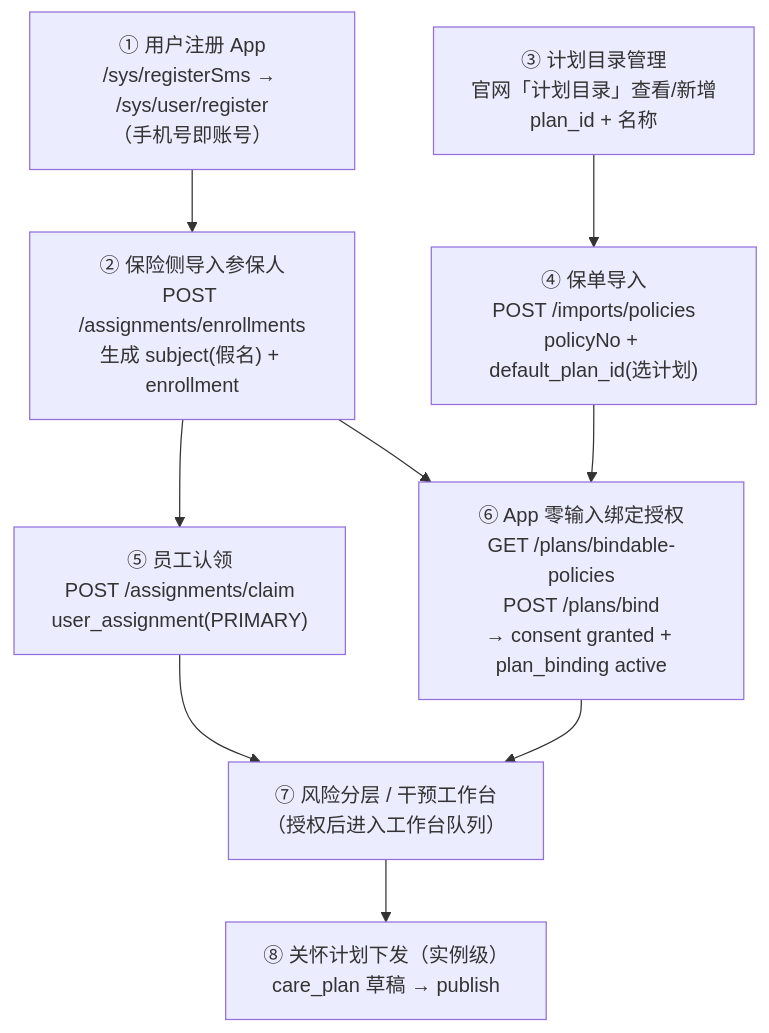
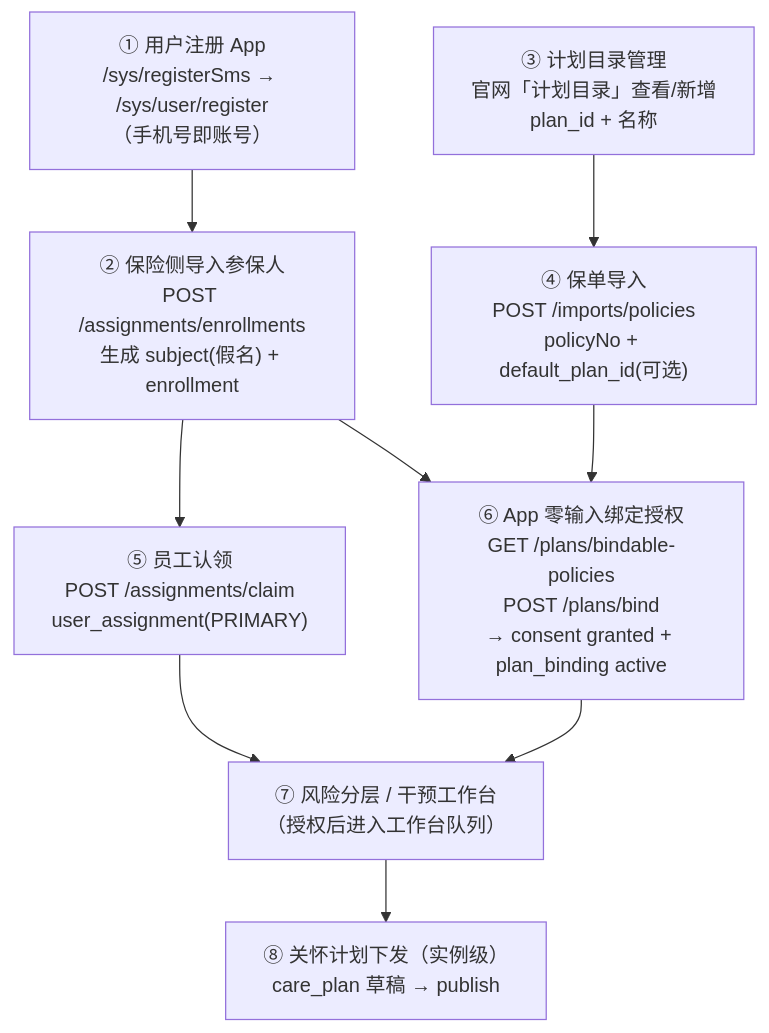
One commit to wjmlong/rehealth_tongbu changed the second of 8 diagrams in docs/保险侧计划与保单设计及全流程闭环.md. Above: the diagram before and after it, drawn with Mermaid. The commit also changed other lines of this file and 5 other files, not shown here.

````diff
--- a/docs/保险侧计划与保单设计及全流程闭环.md
+++ b/docs/保险侧计划与保单设计及全流程闭环.md
@@ -52,11 +52,11 @@
 ```mermaid
 flowchart TD
     A["① 用户注册 App<br>/sys/registerSms → /sys/user/register<br>（手机号即账号）"] --> B["② 保险侧导入参保人<br>POST /assignments/enrollments<br>生成 subject(假名) + enrollment"]
-    C["③ 计划目录管理<br>官网「计划目录」查看/新增<br>plan_id + 名称"] --> D["④ 保单导入<br>POST /imports/policies<br>policyNo + default_plan_id(选计划)"]
+    C["③ 计划目录管理<br>官网「计划目录」查看/新增<br>plan_id + 名称"] --> D["④ 保单导入<br>POST /imports/policies<br>policyNo + default_plan_id(可选)"]
     B --> E["⑤ 员工认领<br>POST /assignments/claim<br>user_assignment(PRIMARY)"]
     D --> F["⑥ App 零输入绑定授权<br>GET /plans/bindable-policies<br>POST /plans/bind<br>→ consent granted + plan_binding active"]
     B --> F
     E --> G["⑦ 风险分层 / 干预工作台<br>（授权后进入工作台队列）"]
     F --> G
     G --> H["⑧ 关怀计划下发（实例级）<br>care_plan 草稿 → publish"]
 ```
````
